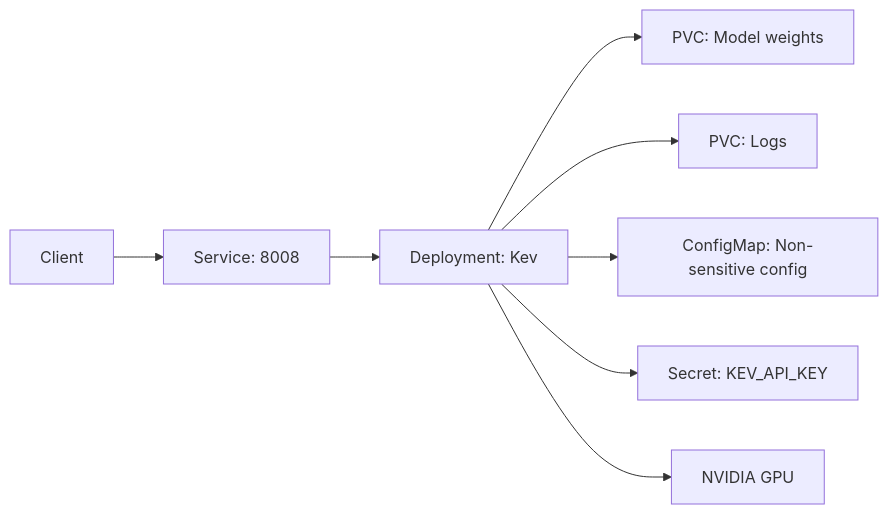
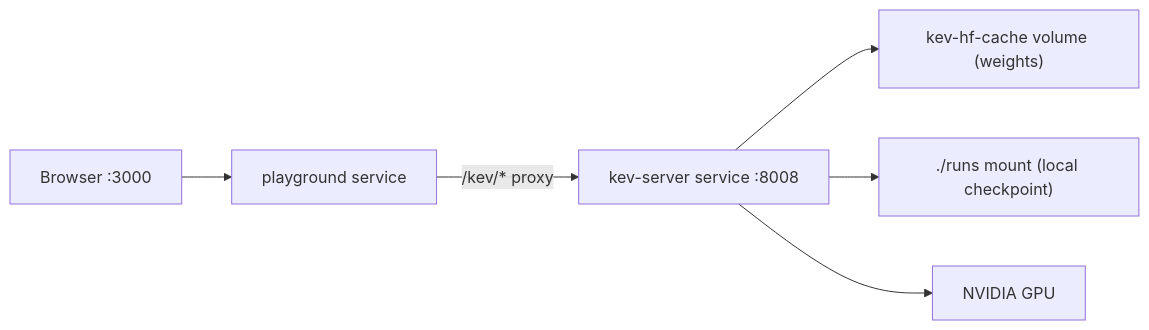
The fourth of 5 diagrams in .qoder/repowiki/en/content/Deployment Guide/Containerized Deployment/Containerized Deployment.md (joezxh/kev), drawn with Mermaid before and after one commit. The commit also changed other lines of this file and 193 other files, not shown here.

````diff
--- a/.qoder/repowiki/en/content/Deployment Guide/Containerized Deployment/Containerized Deployment.md
+++ b/.qoder/repowiki/en/content/Deployment Guide/Containerized Deployment/Containerized Deployment.md
@@ -206,10 +178,8 @@
 ```mermaid
 graph LR
-Client["Client"] --> SVC["Service: 8008"]
-SVC --> DEP["Deployment: Kev"]
-DEP --> PVC_MODEL["PVC: Model weights"]
-DEP --> PVC_LOG["PVC: Logs"]
-DEP --> CM["ConfigMap: Non-sensitive config"]
-DEP --> SEC["Secret: KEV_API_KEY"]
-DEP --> GPU["NVIDIA GPU"]
+Browser["Browser :3000"] --> P["playground service"]
+P -->|"/kev/* proxy"| S["kev-server service :8008"]
+S --> Cache["kev-hf-cache volume (weights)"]
+S --> Runs["./runs mount (local checkpoint)"]
+S --> GPU["NVIDIA GPU"]
 ```
````
